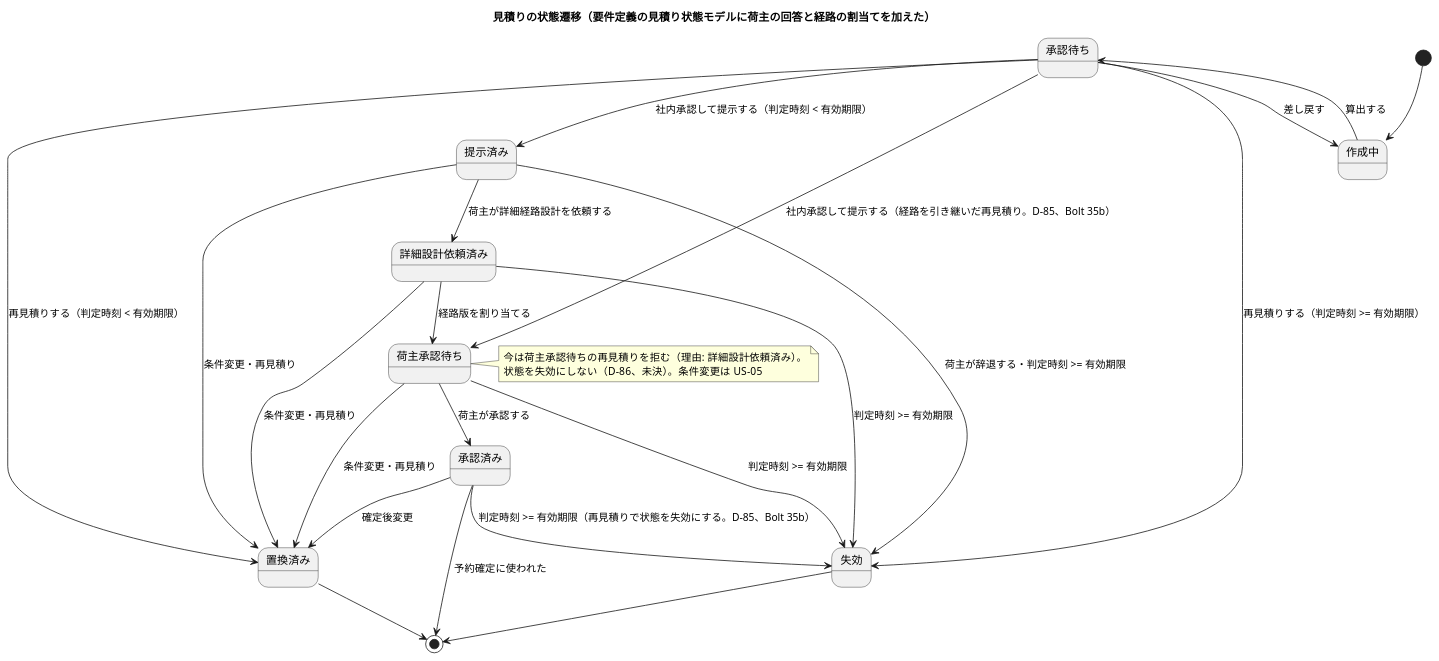
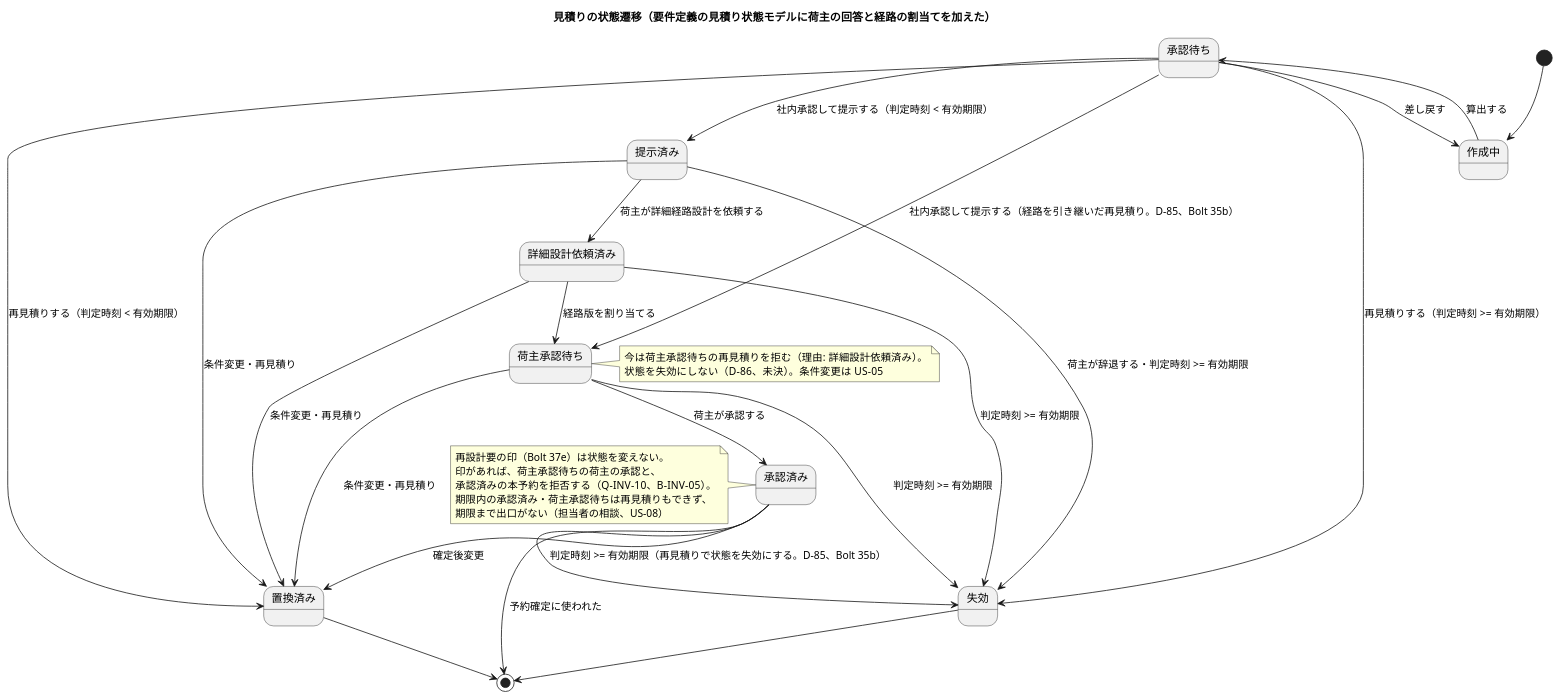
The fifth of 23 diagrams in docs/design/cargo-tracker/domain_model.md (k2works/practical-domain-driven-design-in-enterpris-application), drawn with PlantUML before and after one commit. The commit also changed other lines of this file and 8 other files, not shown here.

````diff
--- a/docs/design/cargo-tracker/domain_model.md
+++ b/docs/design/cargo-tracker/domain_model.md
@@ -504,30 +506,37 @@
 ```plantuml
 @startuml
 title 見積りの状態遷移（要件定義の見積り状態モデルに荷主の回答と経路の割当てを加えた）
 [*] --> 作成中
 作成中 --> 承認待ち : 算出する
 承認待ち --> 提示済み : 社内承認して提示する（判定時刻 < 有効期限）
 承認待ち --> 荷主承認待ち : 社内承認して提示する（経路を引き継いだ再見積り。D-85、Bolt 35b）
 承認待ち --> 作成中 : 差し戻す
 承認待ち --> 置換済み : 再見積りする（判定時刻 < 有効期限）
 承認待ち --> 失効 : 再見積りする（判定時刻 >= 有効期限）
 提示済み --> 詳細設計依頼済み : 荷主が詳細経路設計を依頼する
 詳細設計依頼済み --> 荷主承認待ち : 経路版を割り当てる
 荷主承認待ち --> 承認済み : 荷主が承認する
 提示済み --> 失効 : 荷主が辞退する・判定時刻 >= 有効期限
 詳細設計依頼済み --> 失効 : 判定時刻 >= 有効期限
 荷主承認待ち --> 失効 : 判定時刻 >= 有効期限
 承認済み --> 失効 : 判定時刻 >= 有効期限（再見積りで状態を失効にする。D-85、Bolt 35b）
 提示済み --> 置換済み : 条件変更・再見積り
 詳細設計依頼済み --> 置換済み : 条件変更・再見積り
 荷主承認待ち --> 置換済み : 条件変更・再見積り
 note right of 荷主承認待ち
   今は荷主承認待ちの再見積りを拒む（理由: 詳細設計依頼済み）。
   状態を失効にしない（D-86、未決）。条件変更は US-05
 end note
+note left of 承認済み
+  再設計要の印（Bolt 37e）は状態を変えない。
+  印があれば、荷主承認待ちの荷主の承認と、
+  承認済みの本予約を拒否する（Q-INV-10、B-INV-05）。
+  期限内の承認済み・荷主承認待ちは再見積りもできず、
+  期限まで出口がない（担当者の相談、US-08）
+end note
 承認済み --> 置換済み : 確定後変更
 失効 --> [*]
 置換済み --> [*]
 承認済み --> [*] : 予約確定に使われた
 @enduml
 ```
````
